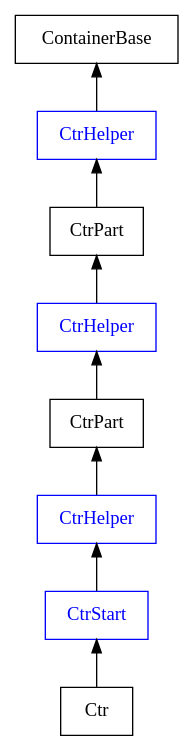
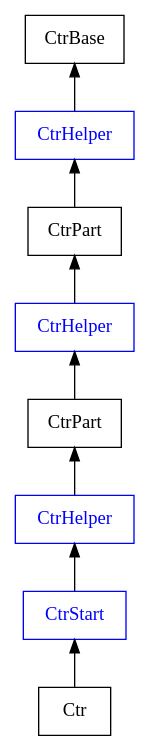
Before and after one commit to victor-smirnov/memoria: the diagram in docs/container.dot, drawn with Graphviz. The commit also changed 20 other files, not shown here.

Commit message:
Rename: 1. ContainerBase to CtrBase 2, BalTree* to BT*

```diff
--- a/docs/container.dot
+++ b/docs/container.dot
@@ -1,14 +1,14 @@
 digraph G {
     rankdir=BT;
     node[shape=box];
     
     CtrStart [color=blue, fontcolor=blue];
     CtrHelper1 [color=blue, fontcolor=blue, label="CtrHelper"];
     CtrHelper2 [color=blue, fontcolor=blue, label="CtrHelper"];
     CtrHelper3 [color=blue, fontcolor=blue, label="CtrHelper"];
     
     CtrPart1 [label="CtrPart"];
     CtrPart2 [label="CtrPart"];
     
-    Ctr->CtrStart->CtrHelper1->CtrPart1->CtrHelper2->CtrPart2->CtrHelper3->ContainerBase;
+    Ctr->CtrStart->CtrHelper1->CtrPart1->CtrHelper2->CtrPart2->CtrHelper3->CtrBase;
 }
```
